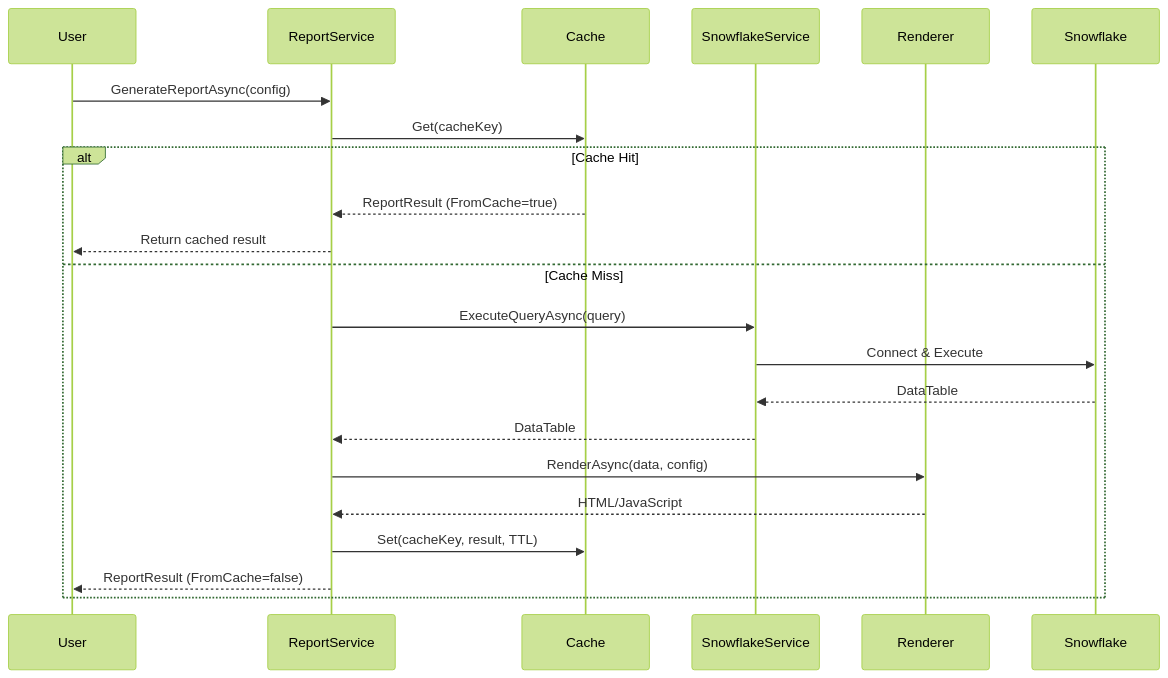
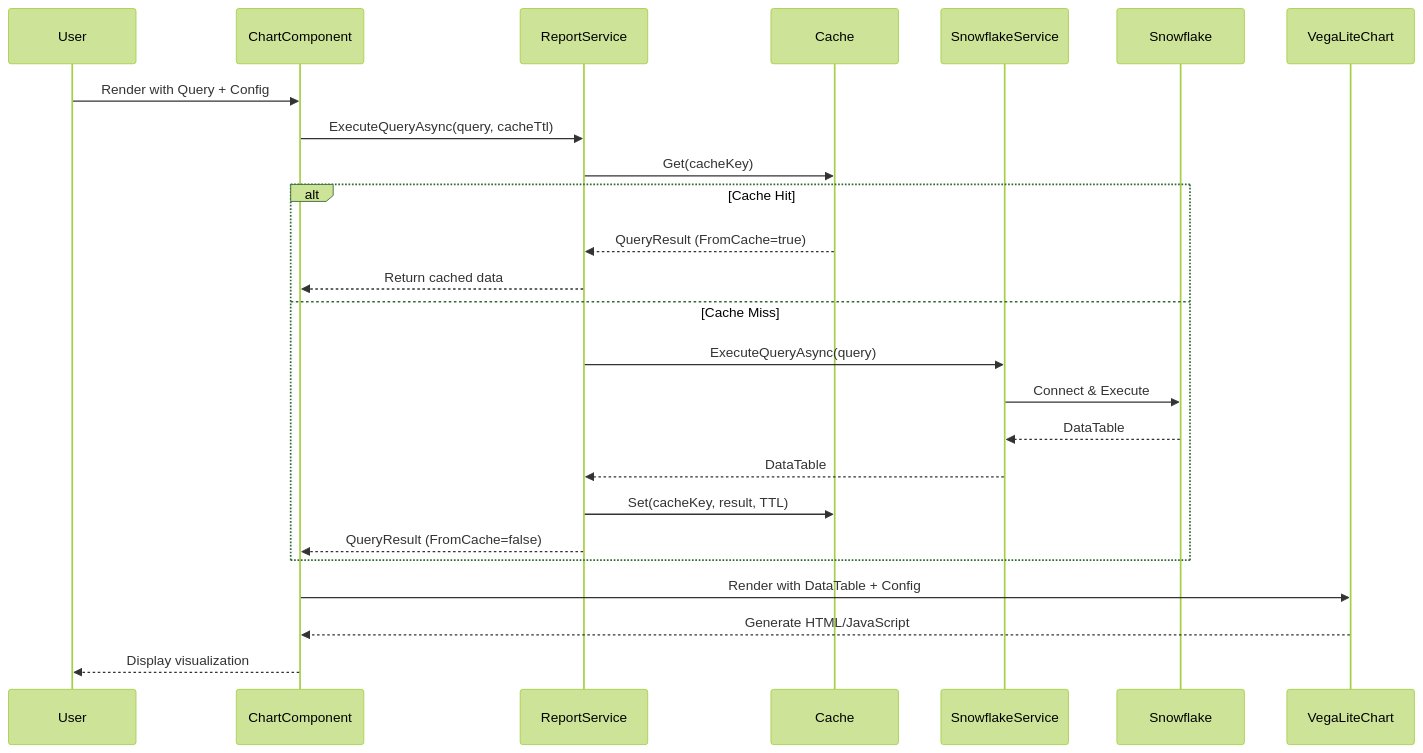
Before and after one commit to davenforce/SnowflakeProxy: the second of 3 diagrams in docs/ARCHITECTURE.md, drawn with Mermaid (forest theme). The commit also changed other lines of this file and 3 other files, not shown here.

````diff
--- a/docs/ARCHITECTURE.md
+++ b/docs/ARCHITECTURE.md
@@ -46,28 +51,31 @@
 ```mermaid
 sequenceDiagram
     participant User
+    participant ChartComponent
     participant ReportService
     participant Cache
     participant SnowflakeService
-    participant Renderer
     participant Snowflake
+    participant VegaLiteChart
 
-    User->>ReportService: GenerateReportAsync(config)
+    User->>ChartComponent: Render with Query + Config
+    ChartComponent->>ReportService: ExecuteQueryAsync(query, cacheTtl)
     ReportService->>Cache: Get(cacheKey)
 
     alt Cache Hit
-        Cache-->>ReportService: ReportResult (FromCache=true)
-        ReportService-->>User: Return cached result
+        Cache-->>ReportService: QueryResult (FromCache=true)
+        ReportService-->>ChartComponent: Return cached data
     else Cache Miss
         ReportService->>SnowflakeService: ExecuteQueryAsync(query)
         SnowflakeService->>Snowflake: Connect & Execute
         Snowflake-->>SnowflakeService: DataTable
         SnowflakeService-->>ReportService: DataTable
 
-        ReportService->>Renderer: RenderAsync(data, config)
-        Renderer-->>ReportService: HTML/JavaScript
+        ReportService->>Cache: Set(cacheKey, result, TTL)
+        ReportService-->>ChartComponent: QueryResult (FromCache=false)
+    end
 
-        ReportService->>Cache: Set(cacheKey, result, TTL)
-        ReportService-->>User: ReportResult (FromCache=false)
-    end
+    ChartComponent->>VegaLiteChart: Render with DataTable + Config
+    VegaLiteChart-->>ChartComponent: Generate HTML/JavaScript
+    ChartComponent-->>User: Display visualization
 ```
````
